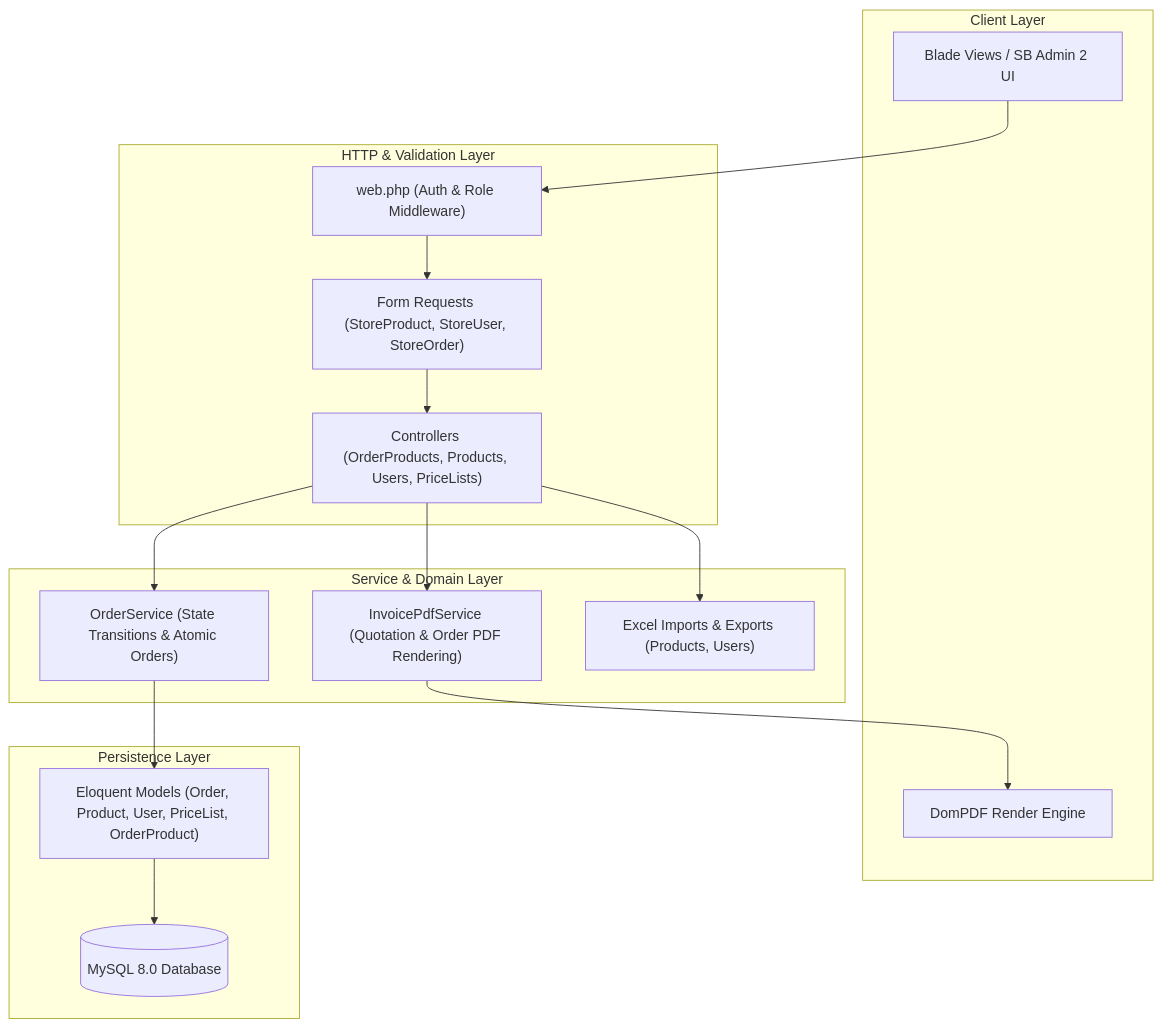
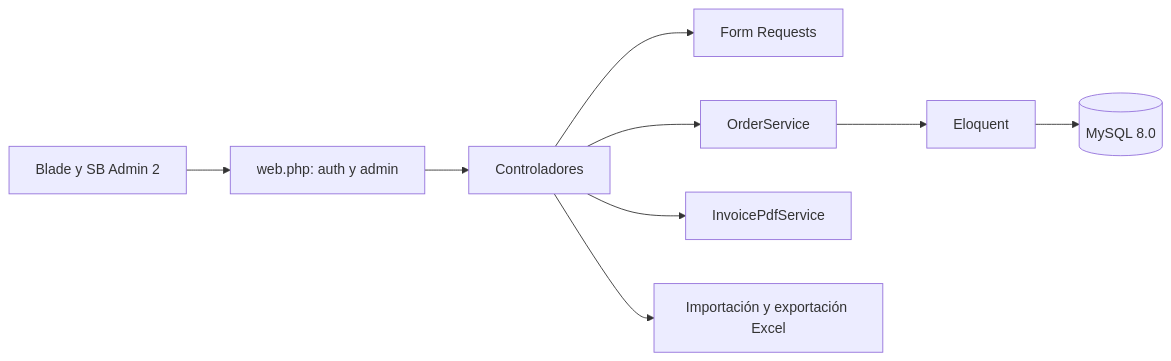
The second of 2 diagrams in README.md (KevinAndrey96/pcp-industrial-wholesale-ecommerce), drawn with Mermaid before and after one commit. The commit also changed other lines of this file and 27 other files, not shown here.

````diff
--- a/README.md
+++ b/README.md
@@ -79,34 +50,11 @@
 ```mermaid
-flowchart TD
-    subgraph Client Layer
-        Web["Blade Views / SB Admin 2 UI"]
-        PDF["DomPDF Render Engine"]
-    end
-
-    subgraph HTTP & Validation Layer
-        Router["web.php (Auth & Role Middleware)"]
-        Controllers["Controllers (OrderProducts, Products, Users, PriceLists)"]
-        Requests["Form Requests (StoreProduct, StoreUser, StoreOrder)"]
-    end
-
-    subgraph Service & Domain Layer
-        OrderService["OrderService (State Transitions & Atomic Orders)"]
-        InvoicePdfService["InvoicePdfService (Quotation & Order PDF Rendering)"]
-        ExcelService["Excel Imports & Exports (Products, Users)"]
-    end
-
-    subgraph Persistence Layer
-        Eloquent["Eloquent Models (Order, Product, User, PriceList, OrderProduct)"]
-        MySQL[("MySQL 8.0 Database")]
-    end
-
-    Web --> Router
-    Router --> Requests
-    Requests --> Controllers
-    Controllers --> OrderService
-    Controllers --> InvoicePdfService
-    Controllers --> ExcelService
-    OrderService --> Eloquent
-    InvoicePdfService --> PDF
-    Eloquent --> MySQL
+flowchart LR
+    Vistas["Blade y SB Admin 2"] --> Rutas["web.php: auth y admin"]
+    Rutas --> Controladores
+    Controladores --> Requests["Form Requests"]
+    Controladores --> OrderService
+    Controladores --> InvoicePdfService
+    Controladores --> Excel["Importación y exportación Excel"]
+    OrderService --> Modelos["Eloquent"]
+    Modelos --> BD[("MySQL 8.0")]
 ```
````
